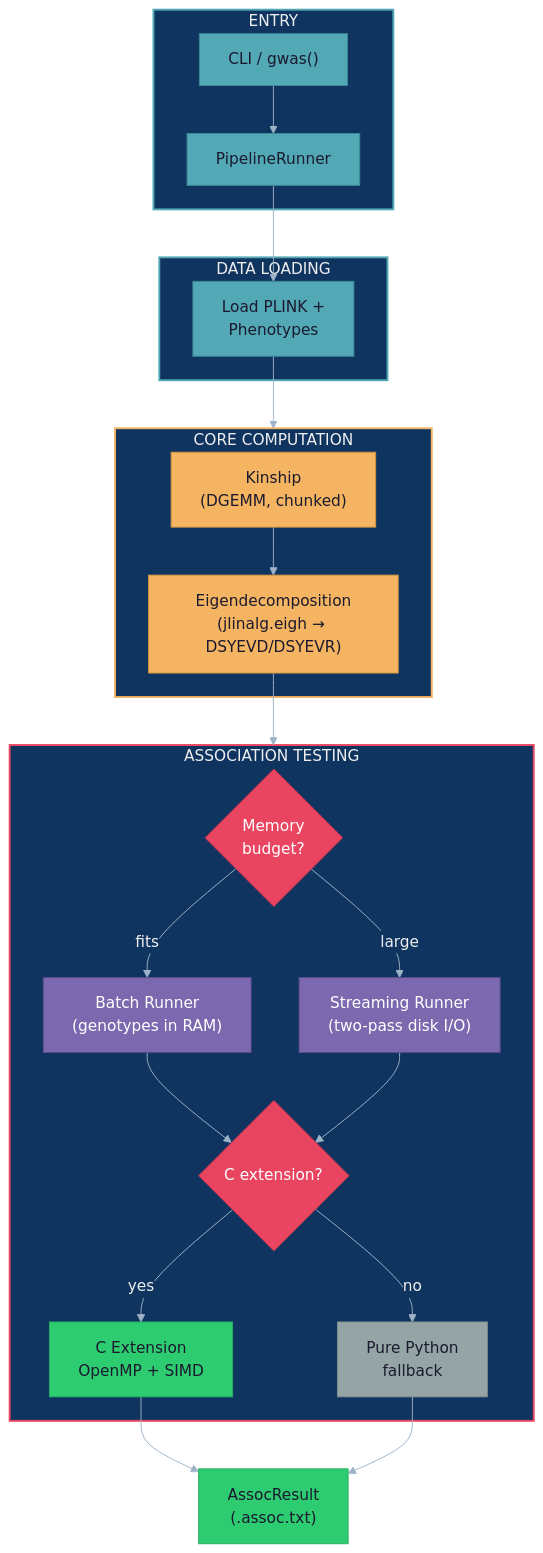
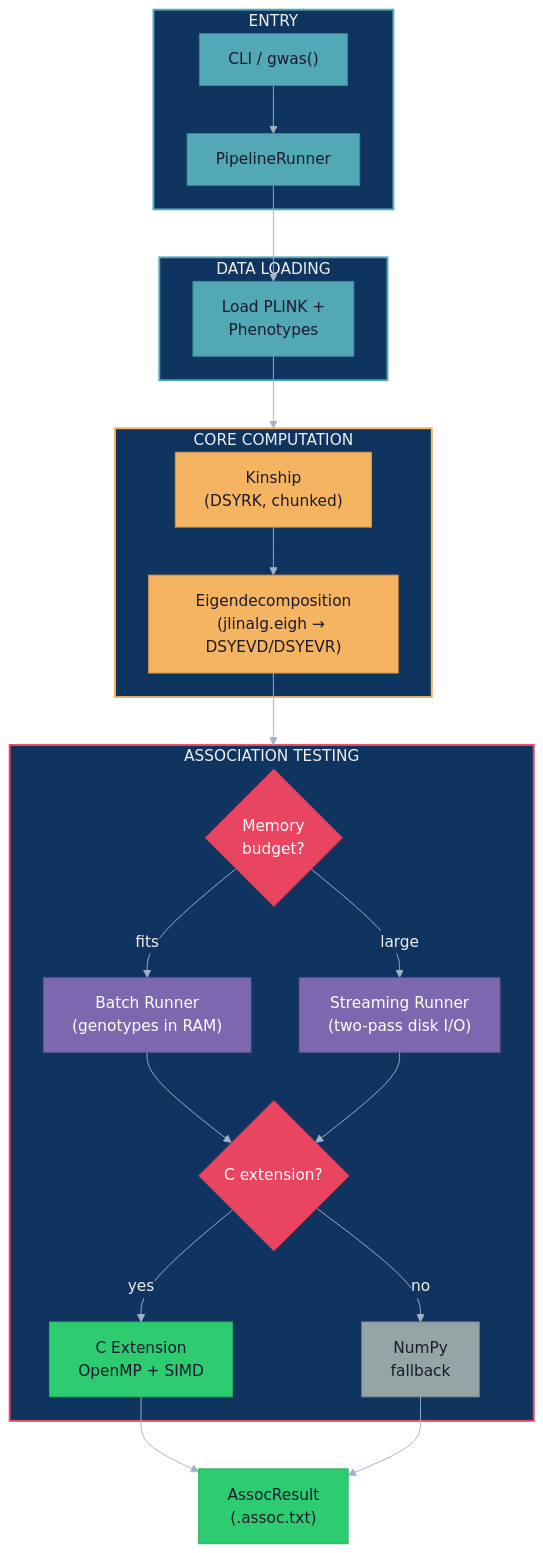
Before and after one commit to michael-denyer/jamma: the diagram in README.md, drawn with Mermaid. The commit also changed other lines of this file and 4 other files, not shown here.

````diff
--- a/README.md
+++ b/README.md
@@ -232,69 +226,69 @@
 ```mermaid
 ---
 config:
   theme: base
   themeVariables:
     lineColor: "#9fb3c8"
     primaryTextColor: "#eeeeee"
     edgeLabelBackground: "#0f3460"
 ---
 flowchart TD
     subgraph ENTRY["ENTRY"]
         CLI["CLI / gwas()"]
         PIPE["PipelineRunner"]
         CLI --> PIPE
     end
 
     subgraph IO["DATA LOADING"]
         LOAD["Load PLINK +<br/>Phenotypes"]
     end
 
     subgraph CORE["CORE COMPUTATION"]
-        KIN["Kinship<br/>(DGEMM, chunked)"]
+        KIN["Kinship<br/>(DSYRK, chunked)"]
         EIG["Eigendecomposition<br/>(jlinalg.eigh → DSYEVD/DSYEVR)"]
         KIN --> EIG
     end
 
     subgraph ASSOC["ASSOCIATION TESTING"]
         MEM{"Memory<br/>budget?"}
         NP["Batch Runner<br/>(genotypes in RAM)"]
         NPS["Streaming Runner<br/>(two-pass disk I/O)"]
         CEXT{"C extension?"}
         C["C Extension<br/>OpenMP + SIMD"]
-        PY["Pure Python<br/>fallback"]
+        PY["NumPy<br/>fallback"]
         MEM -->|fits| NP
         MEM -->|large| NPS
         NP --> CEXT
         NPS --> CEXT
         CEXT -->|yes| C
         CEXT -->|no| PY
     end
 
     RES["AssocResult<br/>(.assoc.txt)"]
 
     PIPE --> LOAD --> CORE
     EIG --> ASSOC
     C --> RES
     PY --> RES
 
     style ENTRY fill:#0f3460,stroke:#53a8b6,color:#eee,stroke-width:2px
     style IO fill:#0f3460,stroke:#53a8b6,color:#eee,stroke-width:2px
     style CORE fill:#0f3460,stroke:#f5b461,color:#eee,stroke-width:2px
     style ASSOC fill:#0f3460,stroke:#e94560,color:#eee,stroke-width:2px
 
     style CLI fill:#53a8b6,stroke:#3d8a96,color:#1a1a2e
     style PIPE fill:#53a8b6,stroke:#3d8a96,color:#1a1a2e
     style LOAD fill:#53a8b6,stroke:#3d8a96,color:#1a1a2e
 
     style KIN fill:#f5b461,stroke:#d4943f,color:#1a1a2e
     style EIG fill:#f5b461,stroke:#d4943f,color:#1a1a2e
 
     style MEM fill:#e94560,stroke:#c73550,color:#fff
     style NP fill:#7b68ae,stroke:#5a4d8a,color:#fff
     style NPS fill:#7b68ae,stroke:#5a4d8a,color:#fff
     style CEXT fill:#e94560,stroke:#c73550,color:#fff
     style C fill:#2ecc71,stroke:#27ae60,color:#1a1a2e
     style PY fill:#95a5a6,stroke:#7f8c8d,color:#1a1a2e
 
     style RES fill:#2ecc71,stroke:#27ae60,color:#1a1a2e
 ```
````
